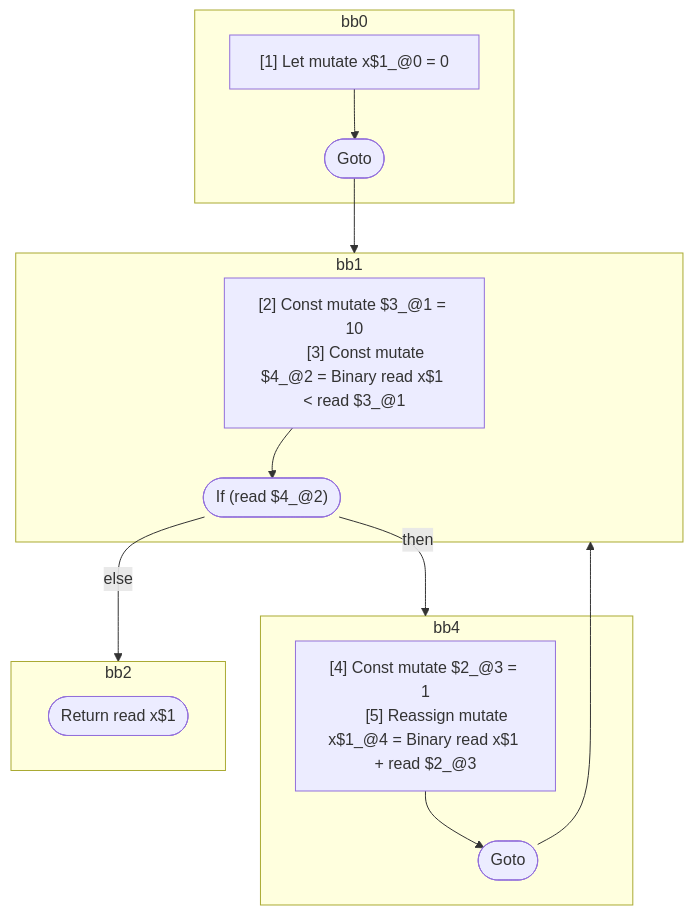
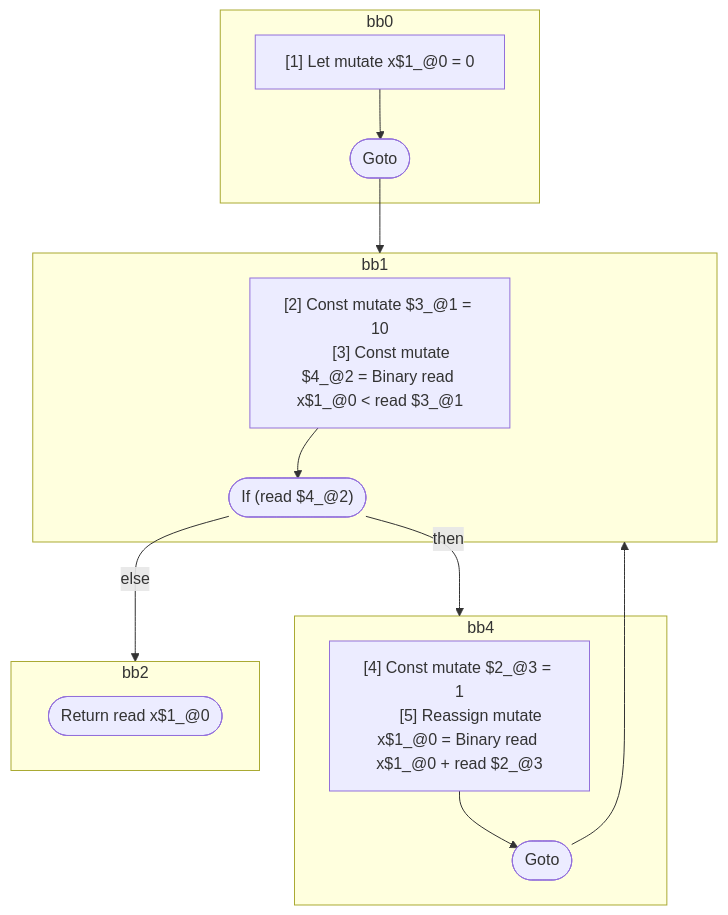
Before and after one commit to wutsmog/private: the diagram in compiler/forget/src/__tests__/fixtures/hir/ssa-for.expect.md, drawn with Mermaid. The commit also changed other lines of this file and 18 other files, not shown here.

````diff
--- a/compiler/forget/src/__tests__/fixtures/hir/ssa-for.expect.md
+++ b/compiler/forget/src/__tests__/fixtures/hir/ssa-for.expect.md
@@ -38,34 +38,34 @@
 ```mermaid
 flowchart TB
   %% Basic Blocks
   subgraph bb0
     bb0_instrs["
       [1] Let mutate x$1_@0 = 0
     "]
     bb0_instrs --> bb0_terminal(["Goto"])
   end
   subgraph bb1
     bb1_instrs["
       [2] Const mutate $3_@1 = 10
-      [3] Const mutate $4_@2 = Binary read x$1 < read $3_@1
+      [3] Const mutate $4_@2 = Binary read x$1_@0 < read $3_@1
     "]
     bb1_instrs --> bb1_terminal(["If (read $4_@2)"])
   end
   subgraph bb4
     bb4_instrs["
       [4] Const mutate $2_@3 = 1
-      [5] Reassign mutate x$1_@4 = Binary read x$1 + read $2_@3
+      [5] Reassign mutate x$1_@0 = Binary read x$1_@0 + read $2_@3
     "]
     bb4_instrs --> bb4_terminal(["Goto"])
   end
   subgraph bb2
-    bb2_terminal(["Return read x$1"])
+    bb2_terminal(["Return read x$1_@0"])
   end
 
   %% Jumps
   bb0_terminal --> bb1
   bb1_terminal -- then --> bb4
   bb1_terminal -- else --> bb2
   bb4_terminal --> bb1
 
 ```
````
